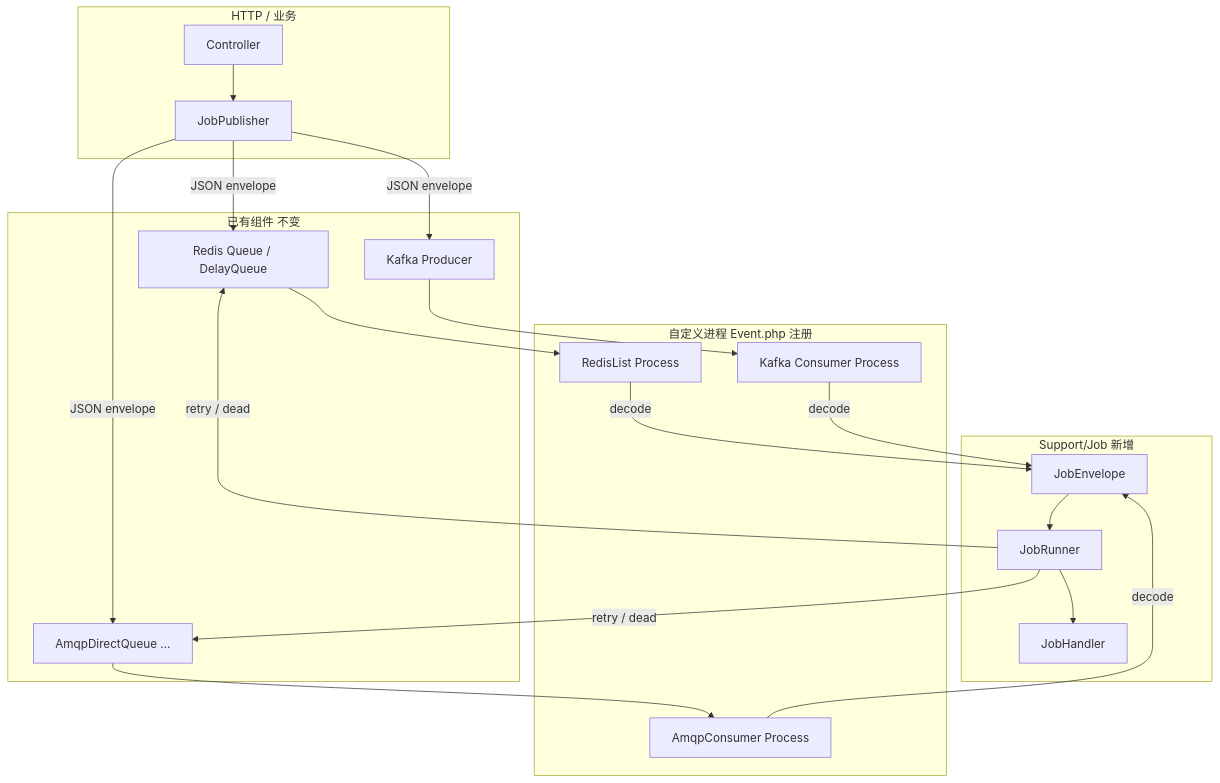
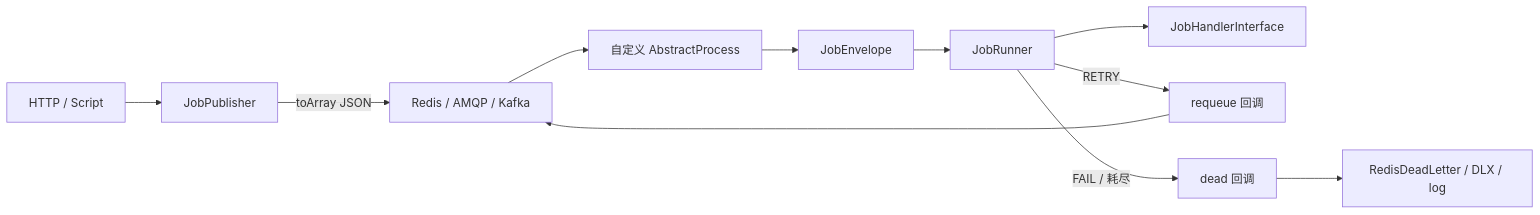
The diagram in docs/Job.md (bingcool/swoolefy), drawn with Mermaid before and after one commit. The commit also changed other lines of this file and 3 other files, not shown here.

````diff
--- a/docs/Job.md
+++ b/docs/Job.md
@@ -50,35 +44,13 @@
 ```mermaid
-flowchart TB
-  subgraph http [HTTP / 业务]
-    Ctrl[Controller]
-    Pub[JobPublisher]
-  end
-
-  subgraph broker [已有组件 不变]
-    RQ[Redis Queue / DelayQueue]
-    AMQP[AmqpDirectQueue ...]
-    KF[Kafka Producer]
-  end
-
-  subgraph proc [自定义进程 Event.php 注册]
-    P1[RedisList Process]
-    P2[AmqpConsumer Process]
-    P3[Kafka Consumer Process]
-  end
-
-  subgraph job [Support/Job 新增]
-    E[JobEnvelope]
-    R[JobRunner]
-    H[JobHandler]
-  end
-
-  Ctrl --> Pub
-  Pub -->|JSON envelope| RQ & AMQP & KF
-  RQ --> P1
-  AMQP --> P2
-  KF --> P3
-  P1 & P2 & P3 -->|decode| E
-  E --> R
-  R --> H
-  R -->|retry / dead| RQ & AMQP
+flowchart LR
+  Prod[HTTP / Script] --> Pub[JobPublisher]
+  Pub -->|toArray JSON| Q[Redis / AMQP / Kafka]
+  Q --> Proc[自定义 AbstractProcess]
+  Proc --> Env[JobEnvelope]
+  Env --> Runner[JobRunner]
+  Runner --> H[JobHandlerInterface]
+  Runner -->|RETRY| RQ[requeue 回调]
+  Runner -->|FAIL / 耗尽| DL[dead 回调]
+  RQ --> Q
+  DL --> DLQ[RedisDeadLetter / DLX / log]
 ```
````
